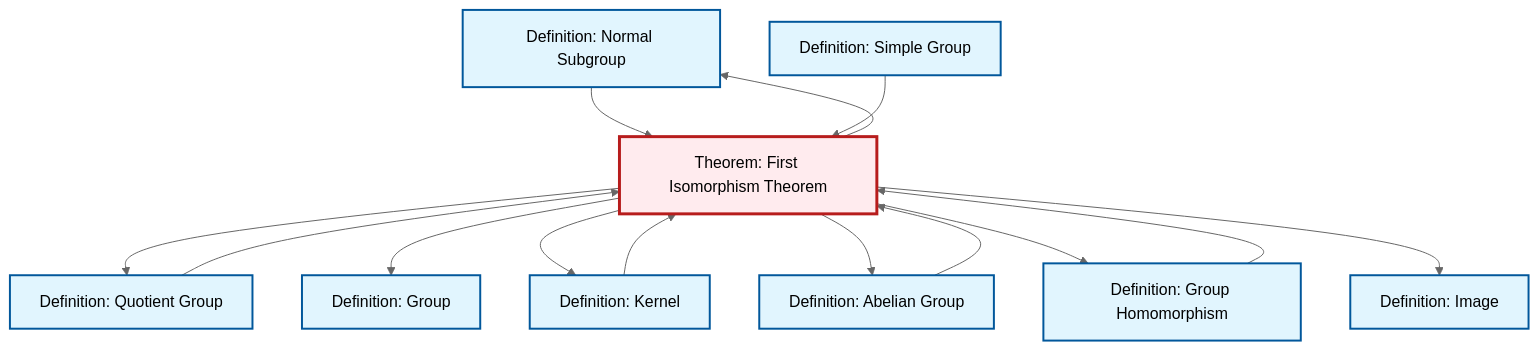
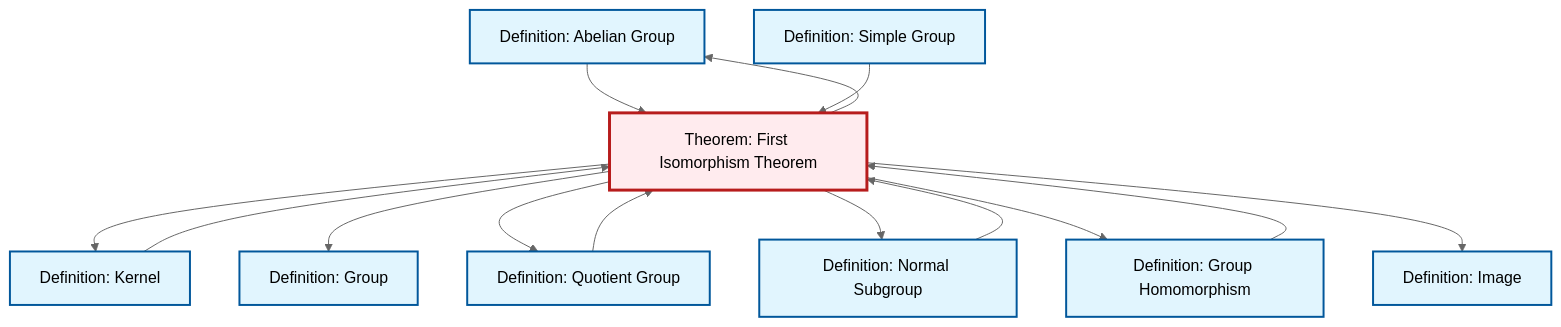
Before and after one commit to RK0429/ModernMath: the diagram in content/ja/algebra/thm-first-isomorphism.qmd, drawn with Mermaid (neutral theme). The commit also changed other lines of this file and 634 other files, not shown here.

````diff
--- a/content/ja/algebra/thm-first-isomorphism.qmd
+++ b/content/ja/algebra/thm-first-isomorphism.qmd
@@ -101,40 +101,40 @@
 ```{mermaid}
 %%| fig-cap: "Local dependency graph"
 graph TD
     classDef definition fill:#e1f5fe,stroke:#01579b,stroke-width:2px
     classDef theorem fill:#f3e5f5,stroke:#4a148c,stroke-width:2px
     classDef axiom fill:#fff3e0,stroke:#e65100,stroke-width:2px
     classDef example fill:#e8f5e9,stroke:#1b5e20,stroke-width:2px
     classDef current fill:#ffebee,stroke:#b71c1c,stroke-width:3px
-    def-normal-subgroup["Definition: Normal Subgroup"]:::definition
+    def-group["Definition: Group"]:::definition
     def-abelian-group["Definition: Abelian Group"]:::definition
-    def-group["Definition: Group"]:::definition
-    def-kernel["Definition: Kernel"]:::definition
-    thm-first-isomorphism["Theorem: First Isomorphism Theorem"]:::theorem
-    def-quotient-group["Definition: Quotient Group"]:::definition
-    def-homomorphism["Definition: Group Homomorphism"]:::definition
     def-simple-group["Definition: Simple Group"]:::definition
     def-image["Definition: Image"]:::definition
+    def-quotient-group["Definition: Quotient Group"]:::definition
+    def-normal-subgroup["Definition: Normal Subgroup"]:::definition
+    def-kernel["Definition: Kernel"]:::definition
+    def-homomorphism["Definition: Group Homomorphism"]:::definition
+    thm-first-isomorphism["Theorem: First Isomorphism Theorem"]:::theorem
+    def-homomorphism --> thm-first-isomorphism
+    def-kernel --> thm-first-isomorphism
+    thm-first-isomorphism --> def-kernel
+    def-abelian-group --> thm-first-isomorphism
+    def-quotient-group --> thm-first-isomorphism
+    thm-first-isomorphism --> def-group
     thm-first-isomorphism --> def-quotient-group
-    def-homomorphism --> thm-first-isomorphism
-    def-abelian-group --> thm-first-isomorphism
-    def-kernel --> thm-first-isomorphism
-    thm-first-isomorphism --> def-group
-    thm-first-isomorphism --> def-kernel
+    def-normal-subgroup --> thm-first-isomorphism
+    thm-first-isomorphism --> def-abelian-group
     thm-first-isomorphism --> def-normal-subgroup
-    thm-first-isomorphism --> def-abelian-group
-    def-normal-subgroup --> thm-first-isomorphism
+    thm-first-isomorphism --> def-homomorphism
     def-simple-group --> thm-first-isomorphism
-    thm-first-isomorphism --> def-homomorphism
-    def-quotient-group --> thm-first-isomorphism
     thm-first-isomorphism --> def-image
     class thm-first-isomorphism current
-    click def-normal-subgroup "def-normal-subgroup.html" "Definition: Normal Subgroupへ"
+    click def-group "def-group.html" "Definition: Groupへ"
     click def-abelian-group "def-abelian-group.html" "Definition: Abelian Groupへ"
-    click def-group "def-group.html" "Definition: Groupへ"
-    click def-kernel "def-kernel.html" "Definition: Kernelへ"
-    click def-quotient-group "def-quotient-group.html" "Definition: Quotient Groupへ"
-    click def-homomorphism "def-homomorphism.html" "Definition: Group Homomorphismへ"
     click def-simple-group "def-simple-group.html" "Definition: Simple Groupへ"
     click def-image "def-image.html" "Definition: Imageへ"
+    click def-quotient-group "def-quotient-group.html" "Definition: Quotient Groupへ"
+    click def-normal-subgroup "def-normal-subgroup.html" "Definition: Normal Subgroupへ"
+    click def-kernel "def-kernel.html" "Definition: Kernelへ"
+    click def-homomorphism "def-homomorphism.html" "Definition: Group Homomorphismへ"
 ```
````
